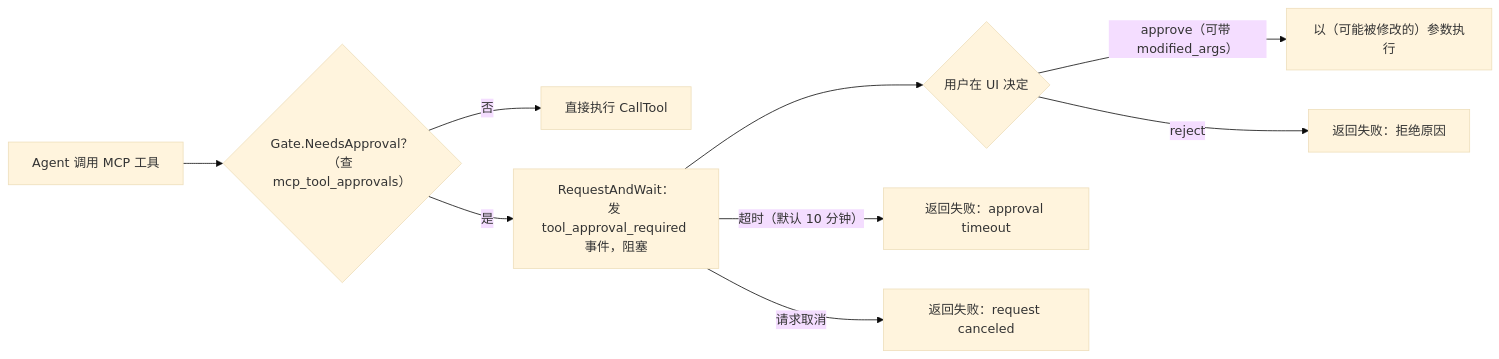
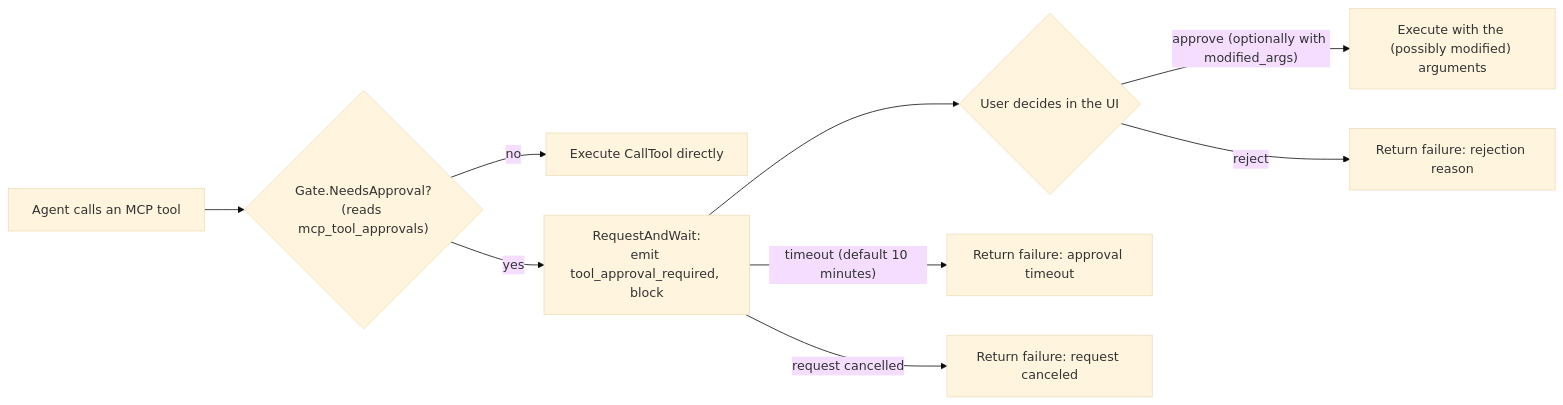
Before and after one commit to jrmatherly/ai-kb: the third of 4 diagrams in website-docs/03-features/08-mcp.md, drawn with Mermaid (base theme). The commit also changed other lines of this file and 11 other files, not shown here.

First line of the commit message:
docs(features): translate batch 1 (agent, models, MCP, document parsing, knowledge base)

````diff
--- a/website-docs/03-features/08-mcp.md
+++ b/website-docs/03-features/08-mcp.md
@@ -365,11 +378,11 @@
 ```mermaid
 flowchart LR
-    A["Agent 调用 MCP 工具"] --> B{"Gate.NeedsApproval？<br/>（查 mcp_tool_approvals）"}
-    B -->|"否"| E["直接执行 CallTool"]
-    B -->|"是"| C["RequestAndWait：<br/>发 tool_approval_required 事件，阻塞"]
-    C --> D{"用户在 UI 决定"}
-    D -->|"approve（可带 modified_args）"| E2["以（可能被修改的）参数执行"]
-    D -->|"reject"| F["返回失败：拒绝原因"]
-    C -->|"超时（默认 10 分钟）"| F2["返回失败：approval timeout"]
-    C -->|"请求取消"| F3["返回失败：request canceled"]
+    A["Agent calls an MCP tool"] --> B{"Gate.NeedsApproval?<br/>(reads mcp_tool_approvals)"}
+    B -->|"no"| E["Execute CallTool directly"]
+    B -->|"yes"| C["RequestAndWait:<br/>emit tool_approval_required, block"]
+    C --> D{"User decides in the UI"}
+    D -->|"approve (optionally with modified_args)"| E2["Execute with the (possibly modified) arguments"]
+    D -->|"reject"| F["Return failure: rejection reason"]
+    C -->|"timeout (default 10 minutes)"| F2["Return failure: approval timeout"]
+    C -->|"request cancelled"| F3["Return failure: request canceled"]
 ```
````
